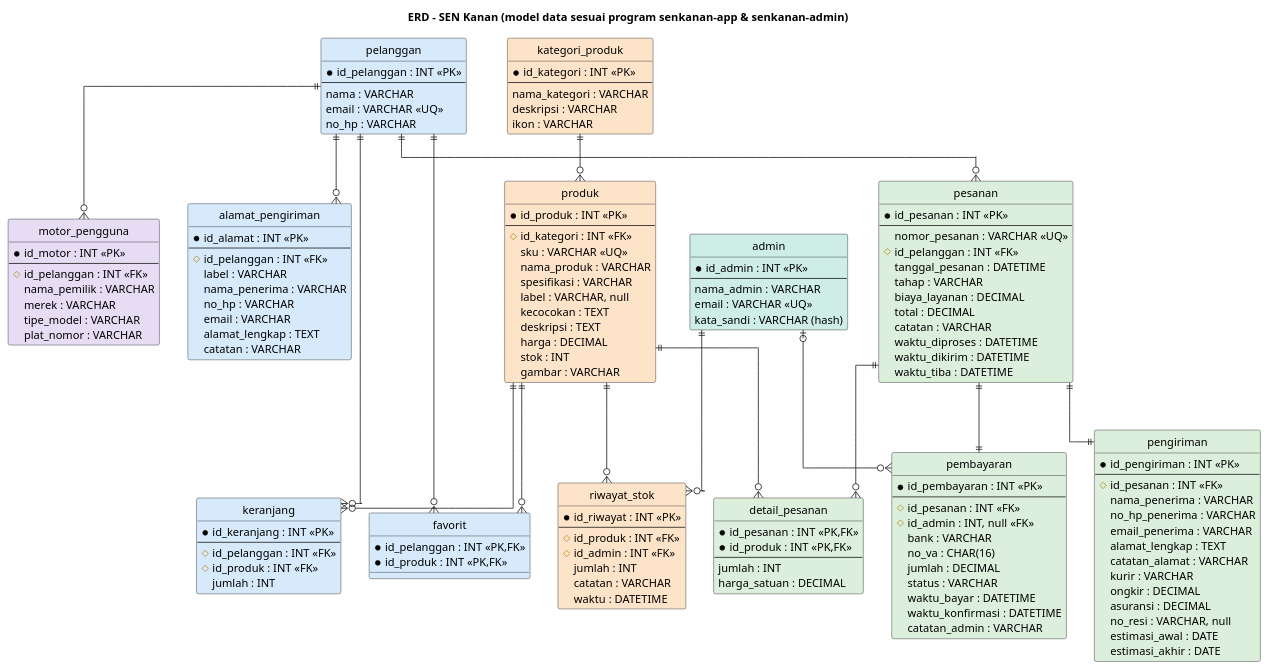
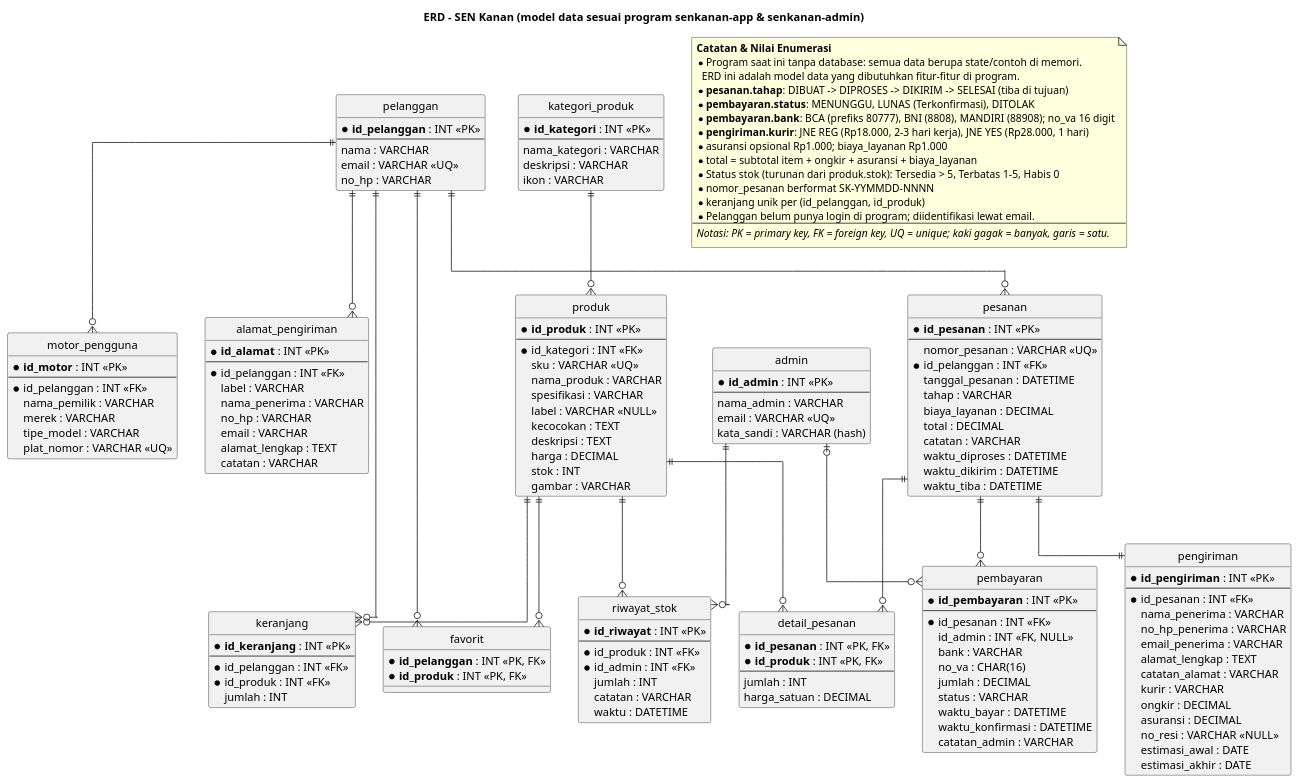
The diagram in docs/erd/erd_senkanan.puml (ridhosch/Project_BASDAT_A_Kelompok_SEN_Kanan), drawn with PlantUML before and after one commit. The commit also changed 1 other file, not shown here.

Commit message:
Menambahkan ERD

```diff
--- a/docs/erd/erd_senkanan.puml
+++ b/docs/erd/erd_senkanan.puml
@@ -1,162 +1,183 @@
 @startuml
 title ERD – SEN Kanan (model data sesuai program senkanan-app & senkanan-admin)
+
 hide circle
 skinparam linetype ortho
 
-entity motor_pengguna #E6DDF5 {
-  * id_motor : INT <<PK>>
+entity "pelanggan" as pelanggan {
+  * **id_pelanggan** : INT <<PK>>
   --
-  # id_pelanggan : INT <<FK>>
+  nama : VARCHAR
+  email : VARCHAR <<UQ>>
+  no_hp : VARCHAR
+}
+
+entity "motor_pengguna" as motor_pengguna {
+  * **id_motor** : INT <<PK>>
+  --
+  * id_pelanggan : INT <<FK>>
   nama_pemilik : VARCHAR
   merek : VARCHAR
   tipe_model : VARCHAR
-  plat_nomor : VARCHAR
+  plat_nomor : VARCHAR <<UQ>>
 }
 
-entity alamat_pengiriman #D6EAFB {
-  * id_alamat : INT <<PK>>
+entity "alamat_pengiriman" as alamat_pengiriman {
+  * **id_alamat** : INT <<PK>>
   --
-  # id_pelanggan : INT <<FK>>
+  * id_pelanggan : INT <<FK>>
   label : VARCHAR
   nama_penerima : VARCHAR
   no_hp : VARCHAR
   email : VARCHAR
   alamat_lengkap : TEXT
   catatan : VARCHAR
 }
 
-entity pelanggan #D6EAFB {
-  * id_pelanggan : INT <<PK>>
+entity "keranjang" as keranjang {
+  * **id_keranjang** : INT <<PK>>
   --
-  nama : VARCHAR
-  email : VARCHAR <<UQ>>
-  no_hp : VARCHAR
-}
-
-entity keranjang #D6EAFB {
-  * id_keranjang : INT <<PK>>
-  --
-  # id_pelanggan : INT <<FK>>
-  # id_produk : INT <<FK>>
+  * id_pelanggan : INT <<FK>>
+  * id_produk : INT <<FK>>
   jumlah : INT
 }
 
-entity favorit #D6EAFB {
-  * id_pelanggan : INT <<PK,FK>>
-  * id_produk : INT <<PK,FK>>
+entity "favorit" as favorit {
+  * **id_pelanggan** : INT <<PK, FK>>
+  * **id_produk** : INT <<PK, FK>>
 }
 
-entity produk #FDE3C8 {
-  * id_produk : INT <<PK>>
+entity "kategori_produk" as kategori_produk {
+  * **id_kategori** : INT <<PK>>
   --
-  # id_kategori : INT <<FK>>
+  nama_kategori : VARCHAR
+  deskripsi : VARCHAR
+  ikon : VARCHAR
+}
+
+entity "produk" as produk {
+  * **id_produk** : INT <<PK>>
+  --
+  * id_kategori : INT <<FK>>
   sku : VARCHAR <<UQ>>
   nama_produk : VARCHAR
   spesifikasi : VARCHAR
-  label : VARCHAR, null
+  label : VARCHAR <<NULL>>
   kecocokan : TEXT
   deskripsi : TEXT
   harga : DECIMAL
   stok : INT
   gambar : VARCHAR
 }
 
-entity kategori_produk #FDE3C8 {
-  * id_kategori : INT <<PK>>
+entity "riwayat_stok" as riwayat_stok {
+  * **id_riwayat** : INT <<PK>>
   --
-  nama_kategori : VARCHAR
-  deskripsi : VARCHAR
-  ikon : VARCHAR
-}
-
-entity riwayat_stok #FDE3C8 {
-  * id_riwayat : INT <<PK>>
-  --
-  # id_produk : INT <<FK>>
-  # id_admin : INT <<FK>>
+  * id_produk : INT <<FK>>
+  * id_admin : INT <<FK>>
   jumlah : INT
   catatan : VARCHAR
   waktu : DATETIME
 }
 
-entity admin #CDEDE6 {
-  * id_admin : INT <<PK>>
+entity "admin" as admin {
+  * **id_admin** : INT <<PK>>
   --
   nama_admin : VARCHAR
   email : VARCHAR <<UQ>>
   kata_sandi : VARCHAR (hash)
 }
 
-entity pesanan #DCEFDC {
-  * id_pesanan : INT <<PK>>
+entity "pesanan" as pesanan {
+  * **id_pesanan** : INT <<PK>>
   --
   nomor_pesanan : VARCHAR <<UQ>>
-  # id_pelanggan : INT <<FK>>
+  * id_pelanggan : INT <<FK>>
   tanggal_pesanan : DATETIME
   tahap : VARCHAR
   biaya_layanan : DECIMAL
   total : DECIMAL
   catatan : VARCHAR
   waktu_diproses : DATETIME
   waktu_dikirim : DATETIME
   waktu_tiba : DATETIME
 }
 
-entity detail_pesanan #DCEFDC {
-  * id_pesanan : INT <<PK,FK>>
-  * id_produk : INT <<PK,FK>>
+entity "detail_pesanan" as detail_pesanan {
+  * **id_pesanan** : INT <<PK, FK>>
+  * **id_produk** : INT <<PK, FK>>
   --
   jumlah : INT
   harga_satuan : DECIMAL
 }
 
-entity pengiriman #DCEFDC {
-  * id_pengiriman : INT <<PK>>
+entity "pengiriman" as pengiriman {
+  * **id_pengiriman** : INT <<PK>>
   --
-  # id_pesanan : INT <<FK>>
+  * id_pesanan : INT <<FK>>
   nama_penerima : VARCHAR
   no_hp_penerima : VARCHAR
   email_penerima : VARCHAR
   alamat_lengkap : TEXT
   catatan_alamat : VARCHAR
   kurir : VARCHAR
   ongkir : DECIMAL
   asuransi : DECIMAL
-  no_resi : VARCHAR, null
+  no_resi : VARCHAR <<NULL>>
   estimasi_awal : DATE
   estimasi_akhir : DATE
 }
 
-entity pembayaran #DCEFDC {
-  * id_pembayaran : INT <<PK>>
+entity "pembayaran" as pembayaran {
+  * **id_pembayaran** : INT <<PK>>
   --
-  # id_pesanan : INT <<FK>>
-  # id_admin : INT, null <<FK>>
+  * id_pesanan : INT <<FK>>
+  id_admin : INT <<FK, NULL>>
   bank : VARCHAR
   no_va : CHAR(16)
   jumlah : DECIMAL
   status : VARCHAR
   waktu_bayar : DATETIME
   waktu_konfirmasi : DATETIME
   catatan_admin : VARCHAR
 }
 
+' Relasi
 pelanggan ||--o{ motor_pengguna
 pelanggan ||--o{ alamat_pengiriman
 pelanggan ||--o{ keranjang
 pelanggan ||--o{ favorit
 pelanggan ||--o{ pesanan
 
+kategori_produk ||--o{ produk
 produk ||--o{ keranjang
 produk ||--o{ favorit
 produk ||--o{ detail_pesanan
 produk ||--o{ riwayat_stok
-kategori_produk ||--o{ produk
 
 pesanan ||--o{ detail_pesanan
 pesanan ||--|| pengiriman
-pesanan ||--|| pembayaran
+pesanan ||--o{ pembayaran
 
 admin ||--o{ riwayat_stok
 admin |o--o{ pembayaran
+
+note as N1
+  <b>Catatan & Nilai Enumerasi</b>
+  * Program saat ini tanpa database: semua data berupa state/contoh di memori.
+    ERD ini adalah model data yang dibutuhkan fitur-fitur di program.
+  * <b>pesanan.tahap</b>: DIBUAT -> DIPROSES -> DIKIRIM -> SELESAI (tiba di tujuan)
+  * <b>pembayaran.status</b>: MENUNGGU, LUNAS (Terkonfirmasi), DITOLAK
+  * <b>pembayaran.bank</b>: BCA (prefiks 80777), BNI (8808), MANDIRI (88908); no_va 16 digit
+  * <b>pengiriman.kurir</b>: JNE REG (Rp18.000, 2-3 hari kerja), JNE YES (Rp28.000, 1 hari)
+  * asuransi opsional Rp1.000; biaya_layanan Rp1.000
+  * total = subtotal item + ongkir + asuransi + biaya_layanan
+  * Status stok (turunan dari produk.stok): Tersedia > 5, Terbatas 1-5, Habis 0
+  * nomor_pesanan berformat SK-YYMMDD-NNNN
+  * keranjang unik per (id_pelanggan, id_produk)
+  * Pelanggan belum punya login di program; diidentifikasi lewat email.
+  ---
+  <i>Notasi: PK = primary key, FK = foreign key, UQ = unique; kaki gagak = banyak, garis = satu.</i>
+end note
+
 @enduml
```
